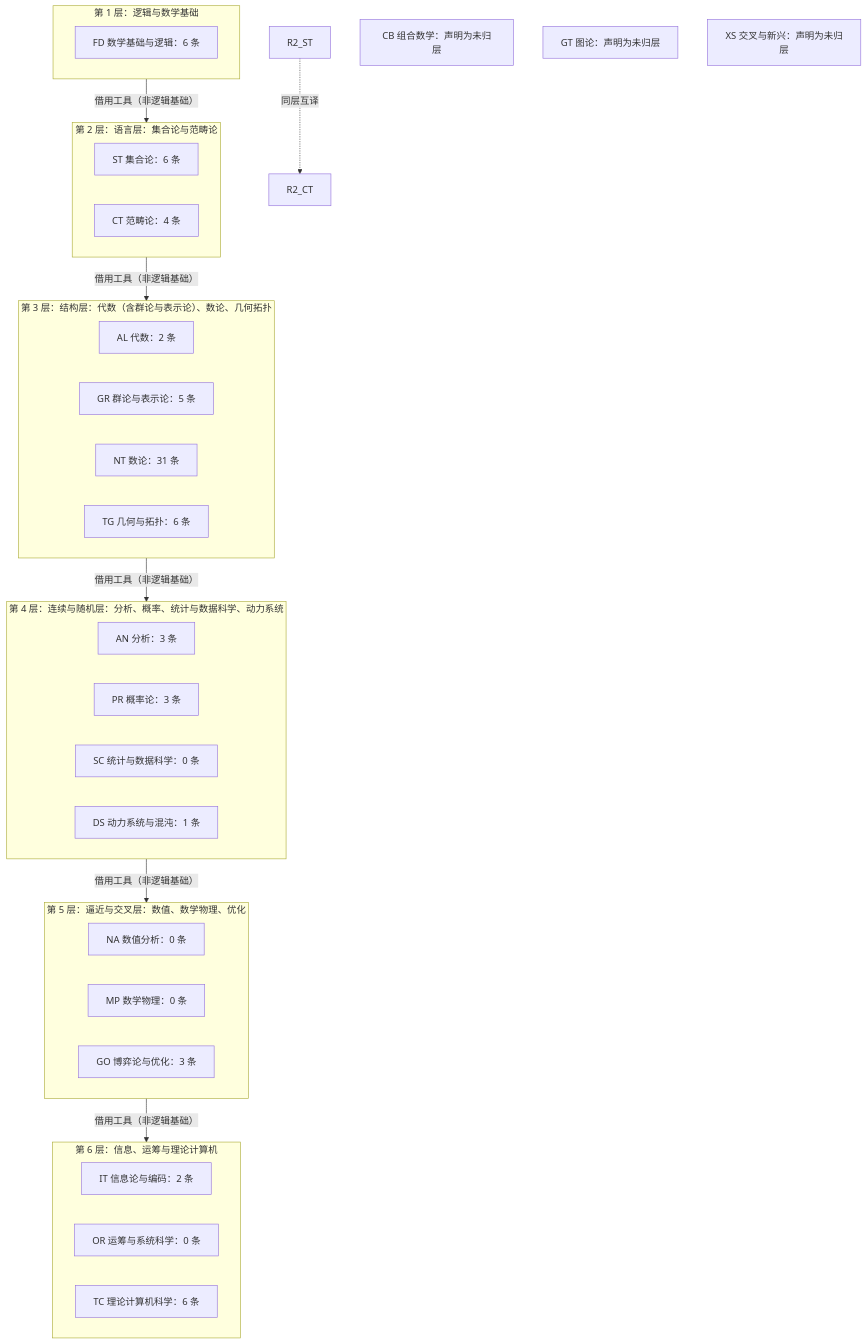
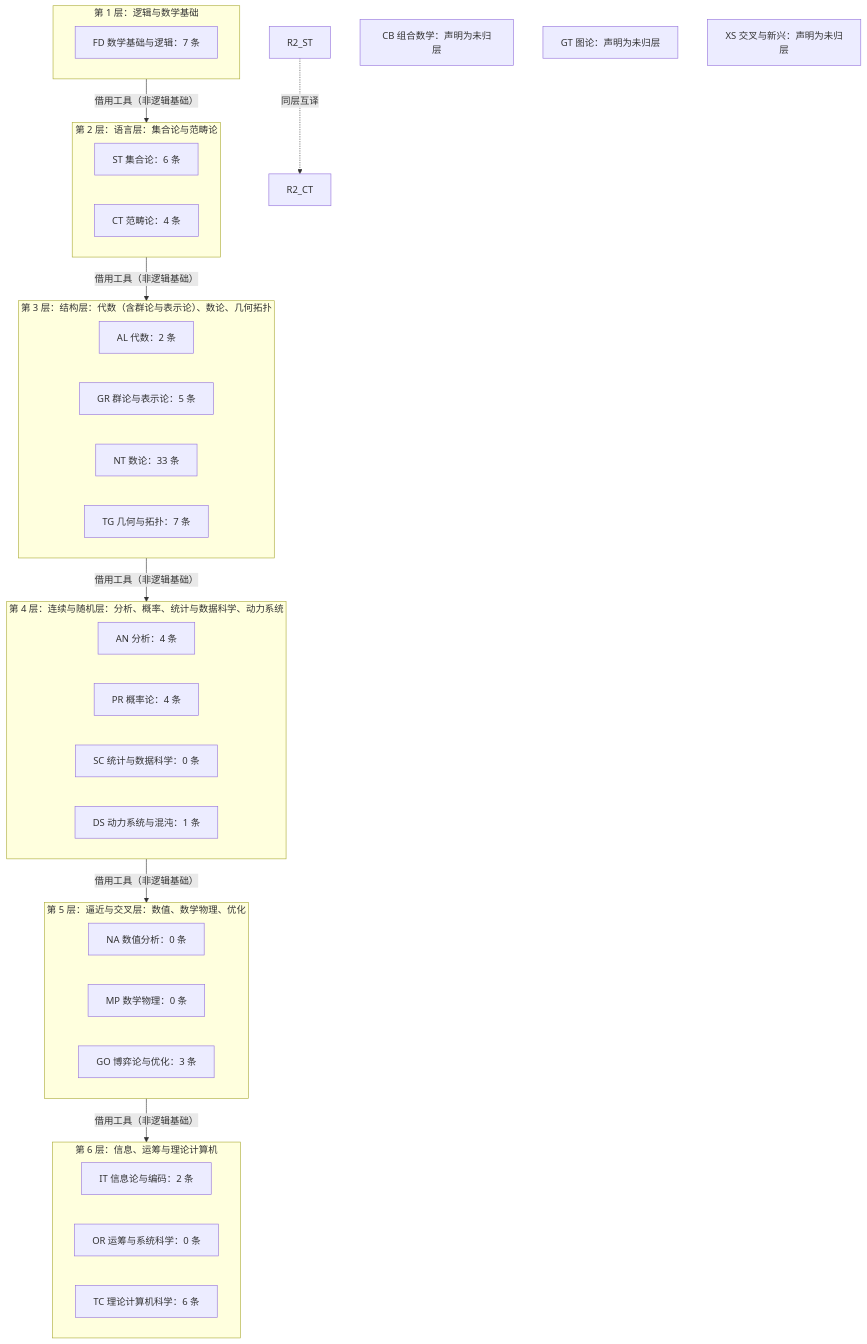
One commit to aikjx/openmath changed the second of 5 diagrams in 10-文献与索引/四层总览.md. Above: the diagram before and after it, drawn with Mermaid. The commit also changed other lines of this file and 37 other files, not shown here.

````diff
--- a/10-文献与索引/四层总览.md
+++ b/10-文献与索引/四层总览.md
@@ -154,41 +162,41 @@
 ```mermaid
 flowchart TB
   subgraph R1[第 1 层：逻辑与数学基础]
-    T1_FD["FD 数学基础与逻辑：6 条"]
+    T1_FD["FD 数学基础与逻辑：7 条"]
   end
   subgraph R2[第 2 层：语言层：集合论与范畴论]
     T2_ST["ST 集合论：6 条"]
     T2_CT["CT 范畴论：4 条"]
   end
   R1 -->|"借用工具（非逻辑基础）"| R2
   subgraph R3[第 3 层：结构层：代数（含群论与表示论）、数论、几何拓扑]
     T3_AL["AL 代数：2 条"]
     T3_GR["GR 群论与表示论：5 条"]
-    T3_NT["NT 数论：31 条"]
-    T3_TG["TG 几何与拓扑：6 条"]
+    T3_NT["NT 数论：33 条"]
+    T3_TG["TG 几何与拓扑：7 条"]
   end
   R2 -->|"借用工具（非逻辑基础）"| R3
   subgraph R4[第 4 层：连续与随机层：分析、概率、统计与数据科学、动力系统]
-    T4_AN["AN 分析：3 条"]
-    T4_PR["PR 概率论：3 条"]
+    T4_AN["AN 分析：4 条"]
+    T4_PR["PR 概率论：4 条"]
     T4_SC["SC 统计与数据科学：0 条"]
     T4_DS["DS 动力系统与混沌：1 条"]
   end
   R3 -->|"借用工具（非逻辑基础）"| R4
   subgraph R5[第 5 层：逼近与交叉层：数值、数学物理、优化]
     T5_NA["NA 数值分析：0 条"]
     T5_MP["MP 数学物理：0 条"]
     T5_GO["GO 博弈论与优化：3 条"]
   end
   R4 -->|"借用工具（非逻辑基础）"| R5
   subgraph R6[第 6 层：信息、运筹与理论计算机]
     T6_IT["IT 信息论与编码：2 条"]
     T6_OR["OR 运筹与系统科学：0 条"]
     T6_TC["TC 理论计算机科学：6 条"]
   end
   R5 -->|"借用工具（非逻辑基础）"| R6
   R2_ST -.->|同层互译| R2_CT
   U_CB["CB 组合数学：声明为未归层"]
   U_GT["GT 图论：声明为未归层"]
   U_XS["XS 交叉与新兴：声明为未归层"]
 ```
````
